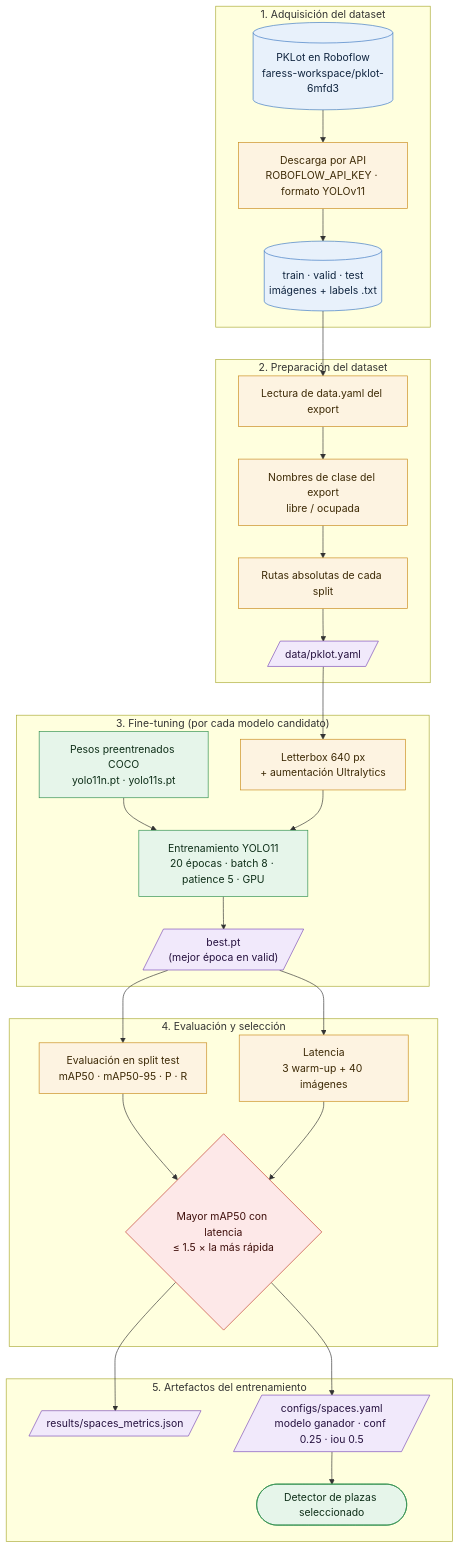
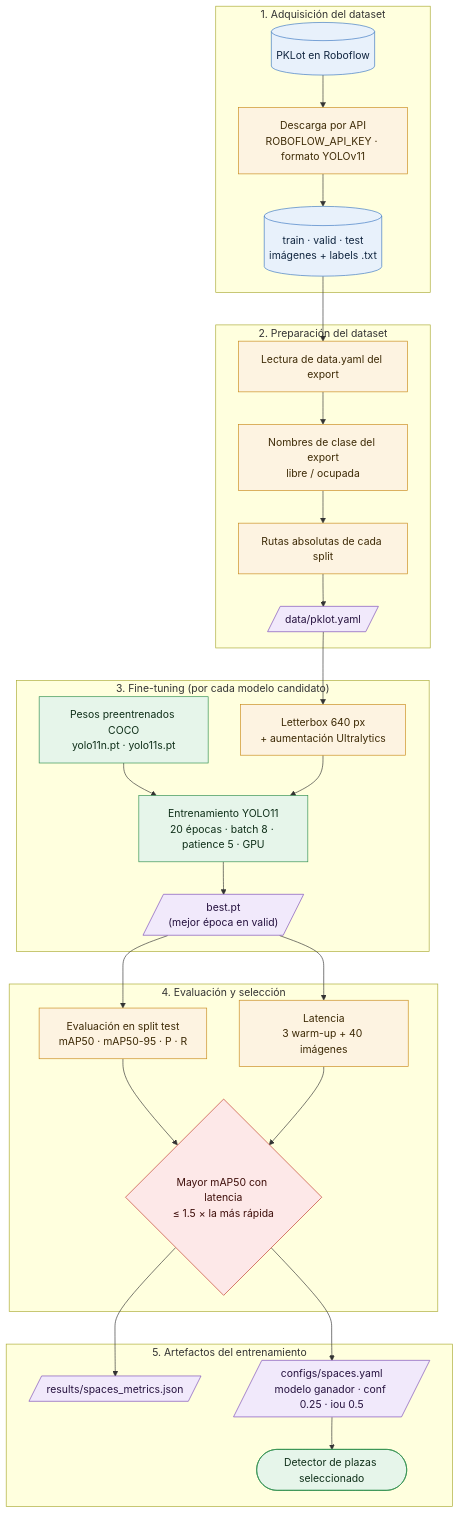
One commit to jbmild/ceia-vpc2 changed the diagram in docs/diagramas/01_entrenamiento_plazas.mmd. Above: the diagram before and after it, drawn with Mermaid. The commit also changed 10 other files, not shown here.

```diff
--- a/docs/diagramas/01_entrenamiento_plazas.mmd
+++ b/docs/diagramas/01_entrenamiento_plazas.mmd
@@ -1,52 +1,52 @@
 %% Entrenamiento del detector de plazas (única etapa que se entrena).
 %% Código: scripts/download_dataset.py (--source roboflow) y scripts/train_spaces.py
 flowchart TD
     classDef data fill:#e8f1fb,stroke:#3b78c2,color:#10253f
     classDef proc fill:#fdf3e1,stroke:#c98a1b,color:#3d2a06
     classDef model fill:#e6f5ea,stroke:#2f8f4e,color:#0f2f19
     classDef out fill:#f1e9fb,stroke:#7b4bb8,color:#26123f
     classDef decision fill:#fde8e8,stroke:#c0392b,color:#3f0f0b
 
     subgraph S1["1. Adquisición del dataset"]
-        A1[("PKLot en Roboflow<br/>faress-workspace/pklot-6mfd3")]:::data
+        A1[("PKLot en Roboflow<br/>")]:::data
         A2["Descarga por API<br/>ROBOFLOW_API_KEY · formato YOLOv11"]:::proc
         A3[("train · valid · test<br/>imágenes + labels .txt")]:::data
     end
 
     subgraph S2["2. Preparación del dataset"]
         B1["Lectura de data.yaml del export"]:::proc
         B2["Nombres de clase del export<br/>libre / ocupada"]:::proc
         B3["Rutas absolutas de cada split"]:::proc
         B4[/"data/pklot.yaml"/]:::out
     end
 
     subgraph S3["3. Fine-tuning (por cada modelo candidato)"]
         C0["Pesos preentrenados COCO<br/>yolo11n.pt · yolo11s.pt"]:::model
         C1["Letterbox 640 px<br/>+ aumentación Ultralytics"]:::proc
         C2["Entrenamiento YOLO11<br/>20 épocas · batch 8 · patience 5 · GPU"]:::model
         C3[/"best.pt<br/>(mejor época en valid)"/]:::out
     end
 
     subgraph S4["4. Evaluación y selección"]
         D1["Evaluación en split test<br/>mAP50 · mAP50-95 · P · R"]:::proc
         D2["Latencia<br/>3 warm-up + 40 imágenes"]:::proc
         D3{"Mayor mAP50 con latencia<br/>≤ 1.5 × la más rápida"}:::decision
     end
 
     subgraph S5["5. Artefactos del entrenamiento"]
         E1[/"results/spaces_metrics.json"/]:::out
         E2[/"configs/spaces.yaml<br/>modelo ganador · conf 0.25 · iou 0.5"/]:::out
         E3(["Detector de plazas seleccionado"]):::model
     end
 
     A1 --> A2 --> A3 --> B1 --> B2 --> B3 --> B4
     B4 --> C1
     C0 --> C2
     C1 --> C2 --> C3
     C3 --> D1
     C3 --> D2
     D1 --> D3
     D2 --> D3
     D3 --> E1
     D3 --> E2
     E2 --> E3
```
